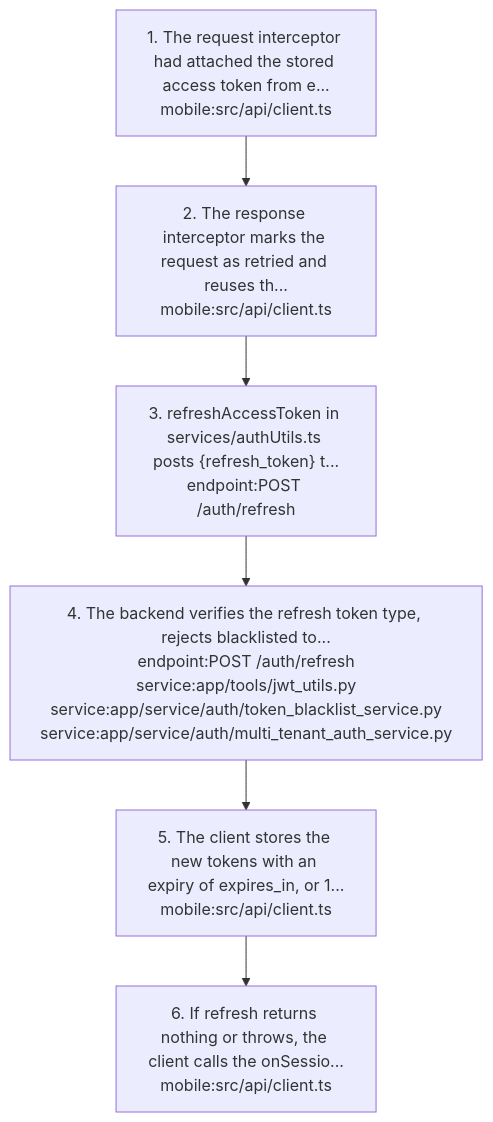
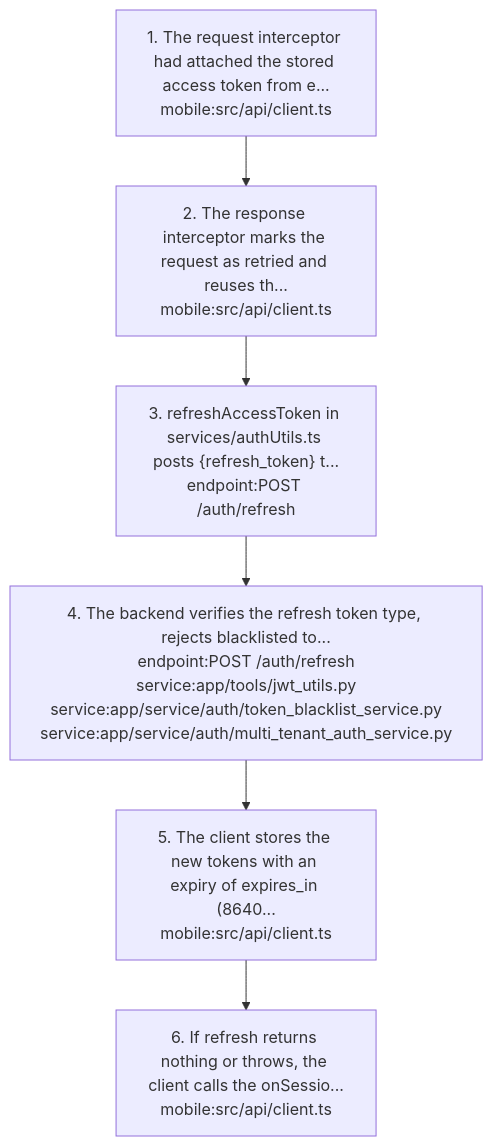
The sixth of 7 diagrams in docs/graph/views/platform.md (nerellasraj21/cos360_full_app), drawn with Mermaid before and after one commit. The commit also changed other lines of this file and 10 other files, not shown here.

````diff
--- a/docs/graph/views/platform.md
+++ b/docs/graph/views/platform.md
@@ -216,14 +216,14 @@
 ```mermaid
 flowchart TD
   s1["1. The request interceptor had attached the stored access token from e...<br/>mobile:src/api/client.ts"]
   s2["2. The response interceptor marks the request as retried and reuses th...<br/>mobile:src/api/client.ts"]
   s1 --> s2
   s3["3. refreshAccessToken in services/authUtils.ts posts {refresh_token} t...<br/>endpoint:POST /auth/refresh"]
   s2 --> s3
   s4["4. The backend verifies the refresh token type, rejects blacklisted to...<br/>endpoint:POST /auth/refresh<br/>service:app/tools/jwt_utils.py<br/>service:app/service/auth/token_blacklist_service.py<br/>service:app/service/auth/multi_tenant_auth_service.py"]
   s3 --> s4
-  s5["5. The client stores the new tokens with an expiry of expires_in, or 1...<br/>mobile:src/api/client.ts"]
+  s5["5. The client stores the new tokens with an expiry of expires_in (8640...<br/>mobile:src/api/client.ts"]
   s4 --> s5
   s6["6. If refresh returns nothing or throws, the client calls the onSessio...<br/>mobile:src/api/client.ts"]
   s5 --> s6
 ```
````
